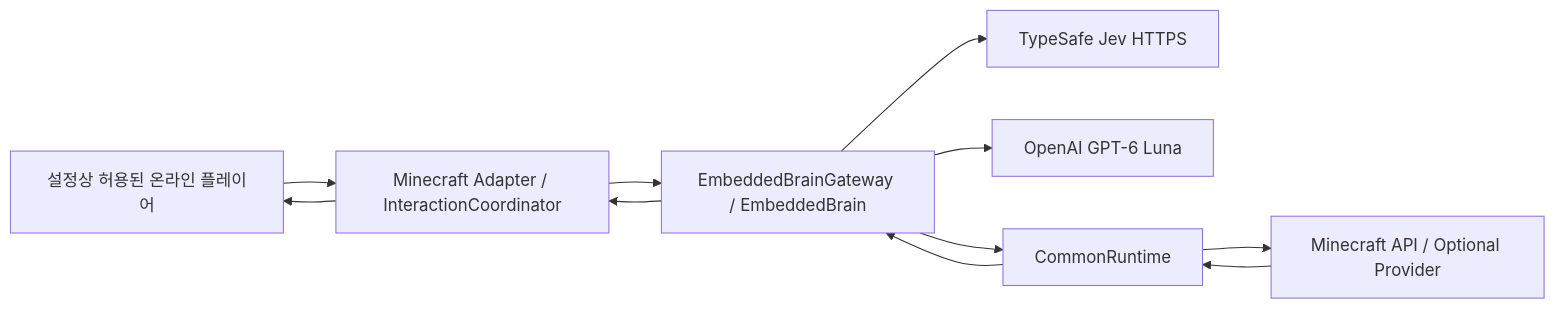
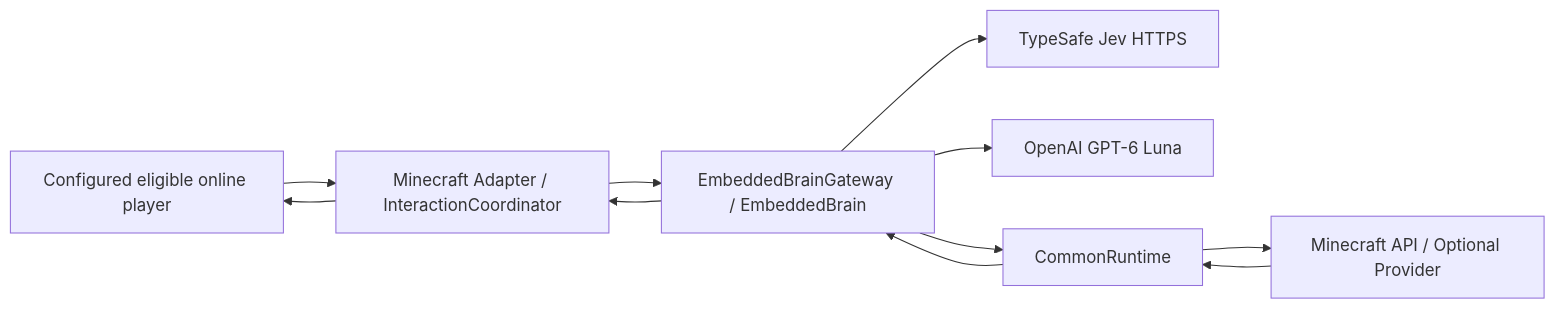
One commit to Kardane/JarvisMinecraft changed the diagram in docs/architecture.md. Above: the diagram before and after it, drawn with Mermaid. The commit also changed other lines of this file and 23 other files, not shown here.

````diff
--- a/docs/architecture.md
+++ b/docs/architecture.md
@@ -10,13 +10,13 @@
 ```mermaid
 flowchart LR
-  P["설정상 허용된 온라인 플레이어"] --> AD["Minecraft Adapter / InteractionCoordinator"]
+  P["Configured eligible online player"] --> AD["Minecraft Adapter / InteractionCoordinator"]
   AD --> EB["EmbeddedBrainGateway / EmbeddedBrain"]
   EB --> JV["TypeSafe Jev HTTPS"]
   EB --> GPT["OpenAI GPT-6 Luna"]
   EB --> CR["CommonRuntime"]
   CR --> API["Minecraft API / Optional Provider"]
   API --> CR
   CR --> EB
   EB --> AD
   AD --> P
 ```
````
